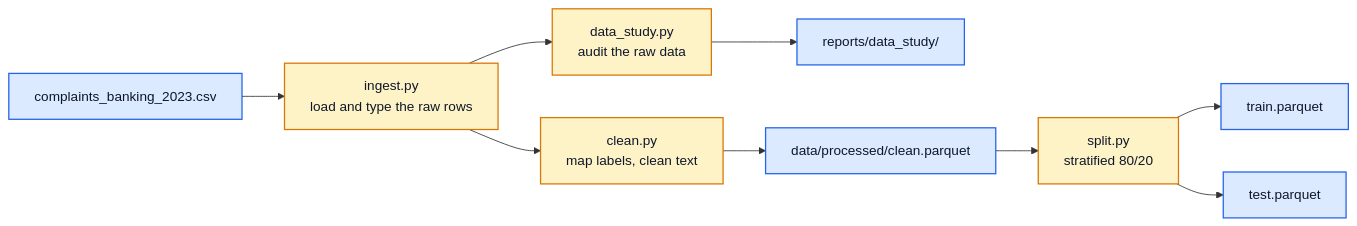
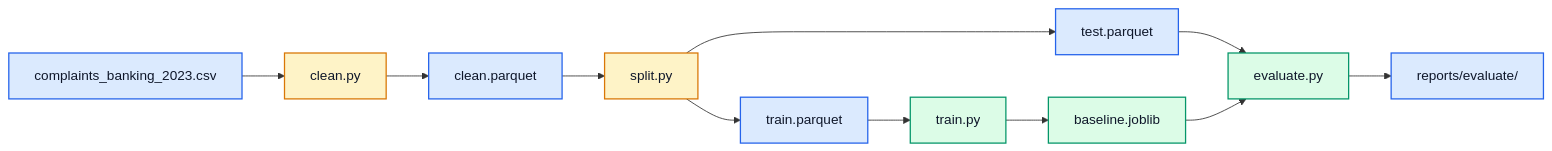
The diagram in project-rebuild/README.md (andres-linero/Banking-Complaints-NLP-Classifier), drawn with Mermaid before and after one commit. The commit also changed other lines of this file and 1 other file, not shown here.

First line of the commit message:
Rewrite README around the rebuilt model

````diff
--- a/project-rebuild/README.md
+++ b/project-rebuild/README.md
@@ -37,14 +15,16 @@
 ```mermaid
 flowchart LR
     classDef file fill:#dbeafe,stroke:#2563eb,stroke-width:1.5px,color:#0f172a
     classDef code fill:#fef3c7,stroke:#d97706,stroke-width:1.5px,color:#0f172a
+    classDef model fill:#dcfce7,stroke:#059669,stroke-width:1.5px,color:#0f172a
 
-    CSV["complaints_banking_2023.csv"] --> ING["ingest.py<br/>load and type the raw rows"]
-    ING --> STUDY["data_study.py<br/>audit the raw data"] --> REP["reports/data_study/"]
-    ING --> CLEAN["clean.py<br/>map labels, clean text"] --> PQ["data/processed/clean.parquet"]
-    PQ --> SPLIT["split.py<br/>stratified 80/20"] --> TRAIN["train.parquet"]
-    SPLIT --> TEST["test.parquet"]
+    CSV["complaints_banking_2023.csv"] --> CLEAN["clean.py"] --> PQ["clean.parquet"]
+    PQ --> SPLIT["split.py"] --> TR["train.parquet"] --> TRAIN["train.py"] --> MODEL["baseline.joblib"]
+    SPLIT --> TE["test.parquet"] --> EVAL["evaluate.py"]
+    MODEL --> EVAL --> REP["reports/evaluate/"]
 
-    class CSV,REP,PQ,TRAIN,TEST file
-    class ING,STUDY,CLEAN,SPLIT code
+    class CSV,PQ,TR,TE file
+    class CLEAN,SPLIT code
+    class TRAIN,EVAL,MODEL model
+    class REP file
 ```
````
